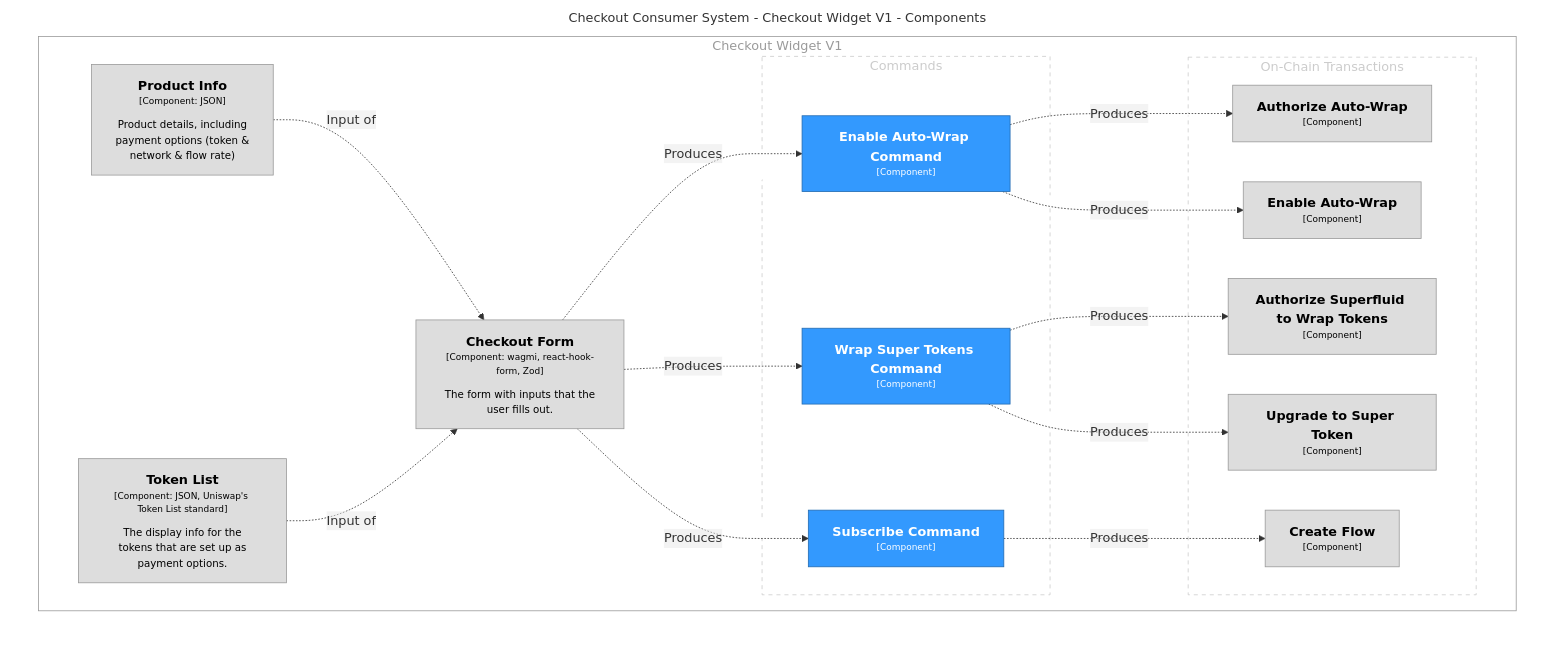
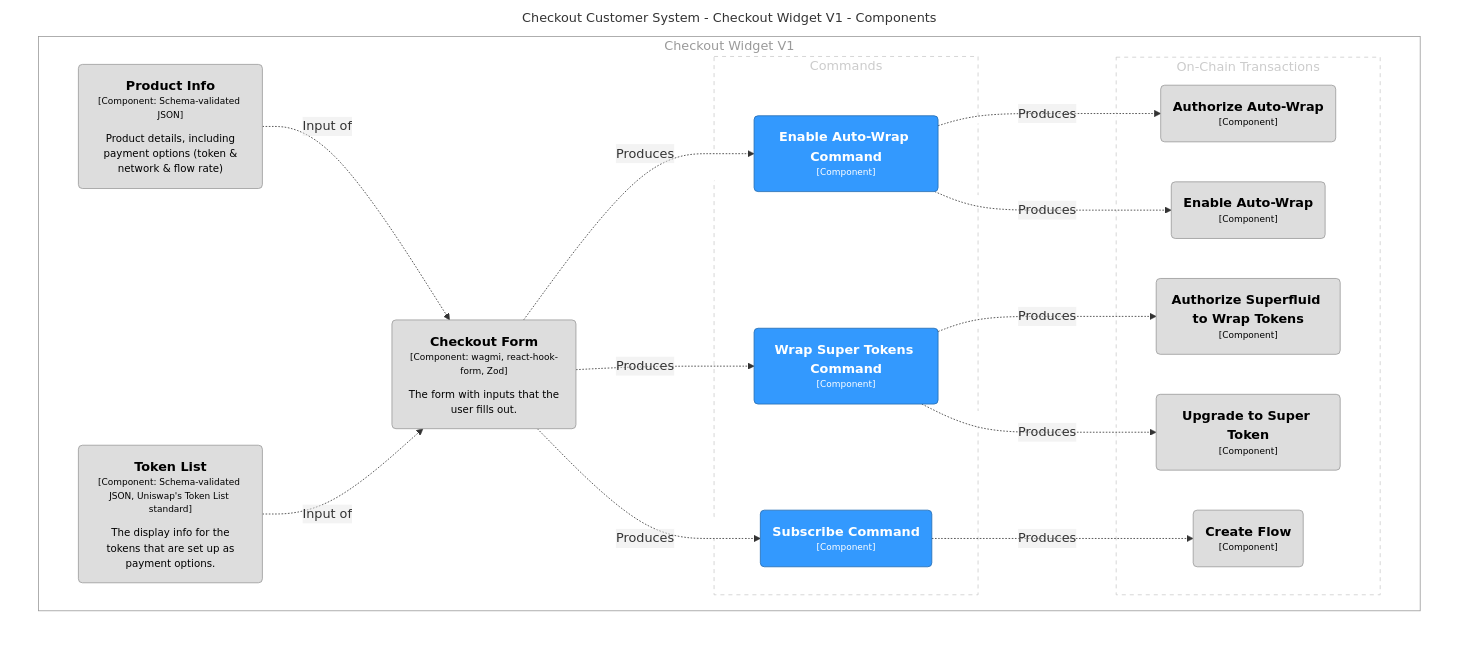
Before and after one commit to superfluid-finance/widget: the diagram in architecture/diagrams/structurizr-CheckoutWidgetComponents.mmd, drawn with Mermaid. The commit also changed 7 other files, not shown here.

Commit message:
update diagrams

```diff
--- a/architecture/diagrams/structurizr-CheckoutWidgetComponents.mmd
+++ b/architecture/diagrams/structurizr-CheckoutWidgetComponents.mmd
@@ -1,54 +1,54 @@
 graph TB
   linkStyle default fill:#ffffff
 
-  subgraph diagram [Checkout Consumer System - Checkout Widget V1 - Components]
+  subgraph diagram [Checkout Customer System - Checkout Widget V1 - Components]
     style diagram fill:#ffffff,stroke:#ffffff
 
     subgraph 2 [Checkout Widget V1]
       style 2 fill:#ffffff,stroke:#9a9a9a,color:#9a9a9a
 
       subgraph group1 [Commands]
         style group1 fill:#ffffff,stroke:#cccccc,color:#cccccc,stroke-dasharray:5
 
-        11["<div style='font-weight: bold'>Wrap Super Tokens Command</div><div style='font-size: 70%; margin-top: 0px'>[Component]</div>"]
+        11("<div style='font-weight: bold'>Wrap Super Tokens Command</div><div style='font-size: 70%; margin-top: 0px'>[Component]</div>")
         style 11 fill:#3399fe,stroke:#236bb1,color:#ffffff
-        14["<div style='font-weight: bold'>Subscribe Command</div><div style='font-size: 70%; margin-top: 0px'>[Component]</div>"]
+        14("<div style='font-weight: bold'>Subscribe Command</div><div style='font-size: 70%; margin-top: 0px'>[Component]</div>")
         style 14 fill:#3399fe,stroke:#236bb1,color:#ffffff
-        8["<div style='font-weight: bold'>Enable Auto-Wrap Command</div><div style='font-size: 70%; margin-top: 0px'>[Component]</div>"]
+        8("<div style='font-weight: bold'>Enable Auto-Wrap Command</div><div style='font-size: 70%; margin-top: 0px'>[Component]</div>")
         style 8 fill:#3399fe,stroke:#236bb1,color:#ffffff
       end
 
       subgraph group2 [On-Chain Transactions]
         style group2 fill:#ffffff,stroke:#cccccc,color:#cccccc,stroke-dasharray:5
 
-        3["<div style='font-weight: bold'>Authorize Auto-Wrap</div><div style='font-size: 70%; margin-top: 0px'>[Component]</div>"]
+        3("<div style='font-weight: bold'>Authorize Auto-Wrap</div><div style='font-size: 70%; margin-top: 0px'>[Component]</div>")
         style 3 fill:#dddddd,stroke:#9a9a9a,color:#000000
-        4["<div style='font-weight: bold'>Enable Auto-Wrap</div><div style='font-size: 70%; margin-top: 0px'>[Component]</div>"]
+        4("<div style='font-weight: bold'>Enable Auto-Wrap</div><div style='font-size: 70%; margin-top: 0px'>[Component]</div>")
         style 4 fill:#dddddd,stroke:#9a9a9a,color:#000000
-        5["<div style='font-weight: bold'>Authorize Superfluid to Wrap Tokens</div><div style='font-size: 70%; margin-top: 0px'>[Component]</div>"]
+        5("<div style='font-weight: bold'>Authorize Superfluid to Wrap Tokens</div><div style='font-size: 70%; margin-top: 0px'>[Component]</div>")
         style 5 fill:#dddddd,stroke:#9a9a9a,color:#000000
-        6["<div style='font-weight: bold'>Upgrade to Super Token</div><div style='font-size: 70%; margin-top: 0px'>[Component]</div>"]
+        6("<div style='font-weight: bold'>Upgrade to Super Token</div><div style='font-size: 70%; margin-top: 0px'>[Component]</div>")
         style 6 fill:#dddddd,stroke:#9a9a9a,color:#000000
-        7["<div style='font-weight: bold'>Create Flow</div><div style='font-size: 70%; margin-top: 0px'>[Component]</div>"]
+        7("<div style='font-weight: bold'>Create Flow</div><div style='font-size: 70%; margin-top: 0px'>[Component]</div>")
         style 7 fill:#dddddd,stroke:#9a9a9a,color:#000000
       end
 
-      16["<div style='font-weight: bold'>Checkout Form</div><div style='font-size: 70%; margin-top: 0px'>[Component: wagmi, react-hook-form, Zod]</div><div style='font-size: 80%; margin-top:10px'>The form with inputs that the<br />user fills out.</div>"]
+      16("<div style='font-weight: bold'>Checkout Form</div><div style='font-size: 70%; margin-top: 0px'>[Component: wagmi, react-hook-form, Zod]</div><div style='font-size: 80%; margin-top:10px'>The form with inputs that the<br />user fills out.</div>")
       style 16 fill:#dddddd,stroke:#9a9a9a,color:#000000
-      20["<div style='font-weight: bold'>Product Info</div><div style='font-size: 70%; margin-top: 0px'>[Component: JSON]</div><div style='font-size: 80%; margin-top:10px'>Product details, including<br />payment options (token &<br />network & flow rate)</div>"]
+      20("<div style='font-weight: bold'>Product Info</div><div style='font-size: 70%; margin-top: 0px'>[Component: Schema-validated JSON]</div><div style='font-size: 80%; margin-top:10px'>Product details, including<br />payment options (token &<br />network & flow rate)</div>")
       style 20 fill:#dddddd,stroke:#9a9a9a,color:#000000
-      22["<div style='font-weight: bold'>Token List</div><div style='font-size: 70%; margin-top: 0px'>[Component: JSON, Uniswap's Token List standard]</div><div style='font-size: 80%; margin-top:10px'>The display info for the<br />tokens that are set up as<br />payment options.</div>"]
+      22("<div style='font-weight: bold'>Token List</div><div style='font-size: 70%; margin-top: 0px'>[Component: Schema-validated JSON, Uniswap's Token List standard]</div><div style='font-size: 80%; margin-top:10px'>The display info for the<br />tokens that are set up as<br />payment options.</div>")
       style 22 fill:#dddddd,stroke:#9a9a9a,color:#000000
     end
 
     8-. "<div>Produces</div><div style='font-size: 70%'></div>" .->4
     11-. "<div>Produces</div><div style='font-size: 70%'></div>" .->5
     11-. "<div>Produces</div><div style='font-size: 70%'></div>" .->6
     14-. "<div>Produces</div><div style='font-size: 70%'></div>" .->7
     16-. "<div>Produces</div><div style='font-size: 70%'></div>" .->8
     16-. "<div>Produces</div><div style='font-size: 70%'></div>" .->11
     16-. "<div>Produces</div><div style='font-size: 70%'></div>" .->14
     20-. "<div>Input of</div><div style='font-size: 70%'></div>" .->16
     22-. "<div>Input of</div><div style='font-size: 70%'></div>" .->16
     8-. "<div>Produces</div><div style='font-size: 70%'></div>" .->3
   end
```
